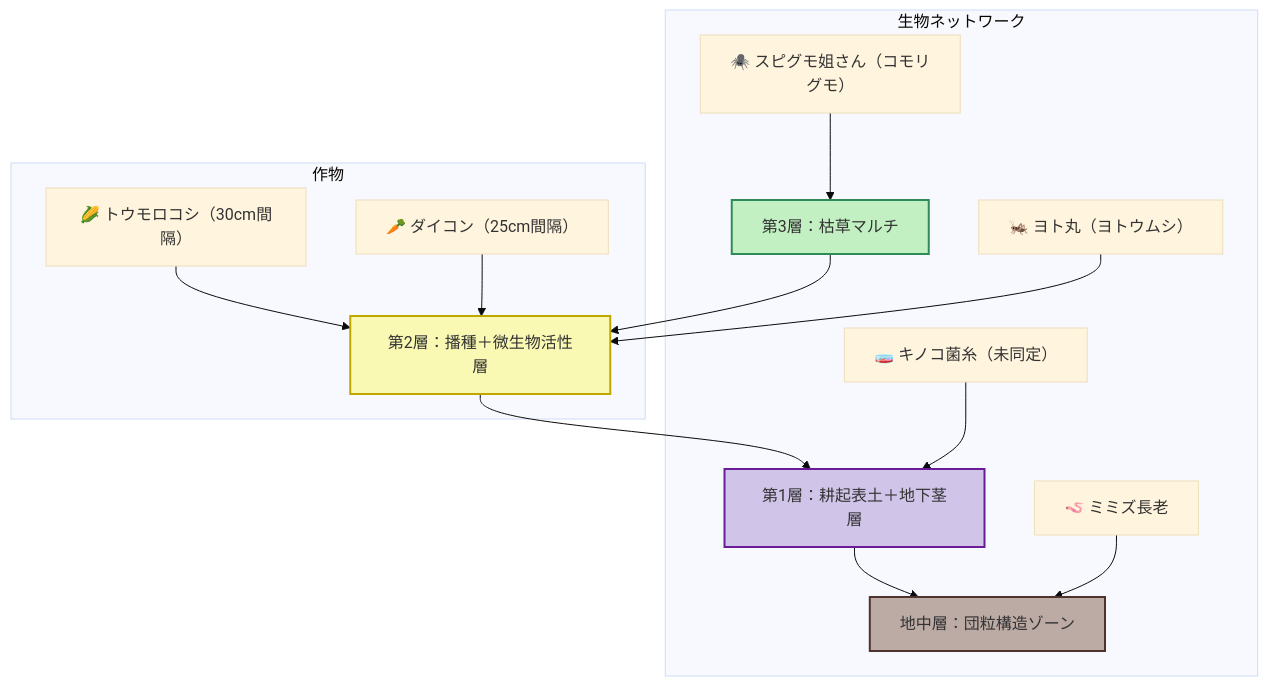
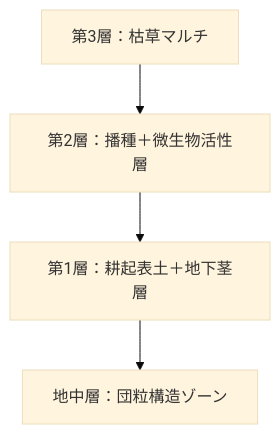
The diagram in ai-collaboration/hinoharu-project/3tsubo-farm/mvp-bed-01_kiri-mulch/layout.mmd (satoshi-create/complexity-and-network-webdesign), drawn with Mermaid (base theme) before and after one commit. The commit also changed other lines of this file, not shown here.

````diff
--- a/ai-collaboration/hinoharu-project/3tsubo-farm/mvp-bed-01_kiri-mulch/layout.mmd
+++ b/ai-collaboration/hinoharu-project/3tsubo-farm/mvp-bed-01_kiri-mulch/layout.mmd
@@ -1,34 +1,4 @@
-```mermaid
 graph TD
   A[第3層：枯草マルチ] --> B[第2層：播種＋微生物活性層]
   B --> C[第1層：耕起表土＋地下茎層]
   C --> D[地中層：団粒構造ゾーン]
-
-  A:::mulch
-  B:::biolayer
-  C:::tillage
-  D:::soilcore
-
-  classDef mulch fill:#c2f0c2,stroke:#2e8b57,stroke-width:2px;
-  classDef biolayer fill:#f9f9b4,stroke:#bfa700,stroke-width:2px;
-  classDef tillage fill:#d1c4e9,stroke:#6a1b9a,stroke-width:2px;
-  classDef soilcore fill:#bcaaa4,stroke:#4e342e,stroke-width:2px;
-
-  subgraph 作物
-    E1[🌽 トウモロコシ（30cm間隔）] 
-    E2[🥕 ダイコン（25cm間隔）] 
-    E1 --> B
-    E2 --> B
-  end
-
-  subgraph 生物ネットワーク
-    F1[🕷️ スピグモ姐さん（コモリグモ）]
-    F2[🪱 ミミズ長老]
-    F3[🦗 ヨト丸（ヨトウムシ）]
-    F4[🧫 キノコ菌糸（未同定）]
-    F1 --> A
-    F2 --> D
-    F3 --> B
-    F4 --> C
-  end
-```
````
